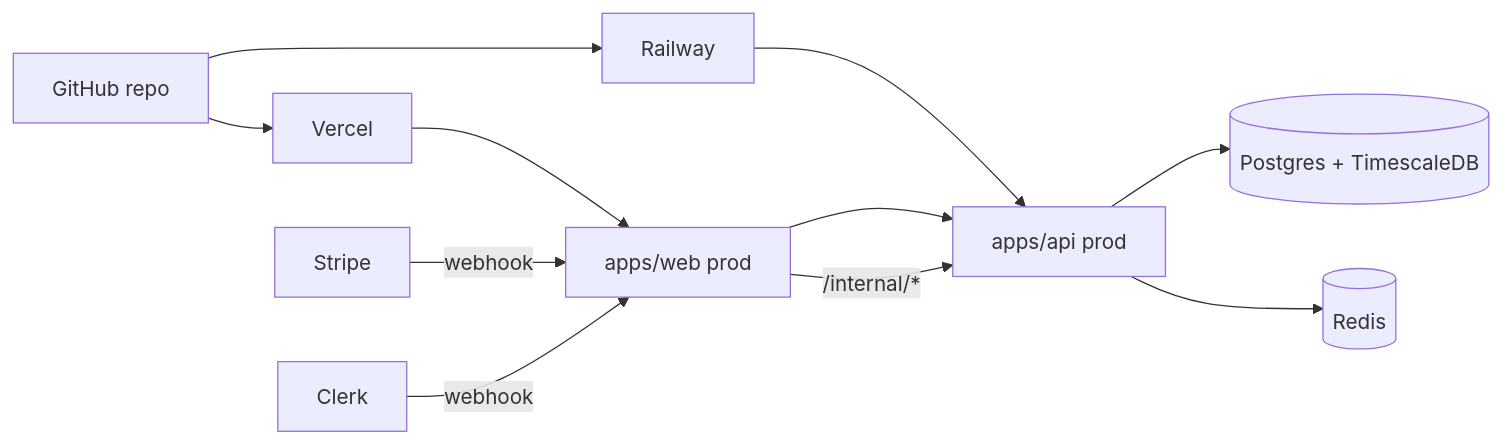
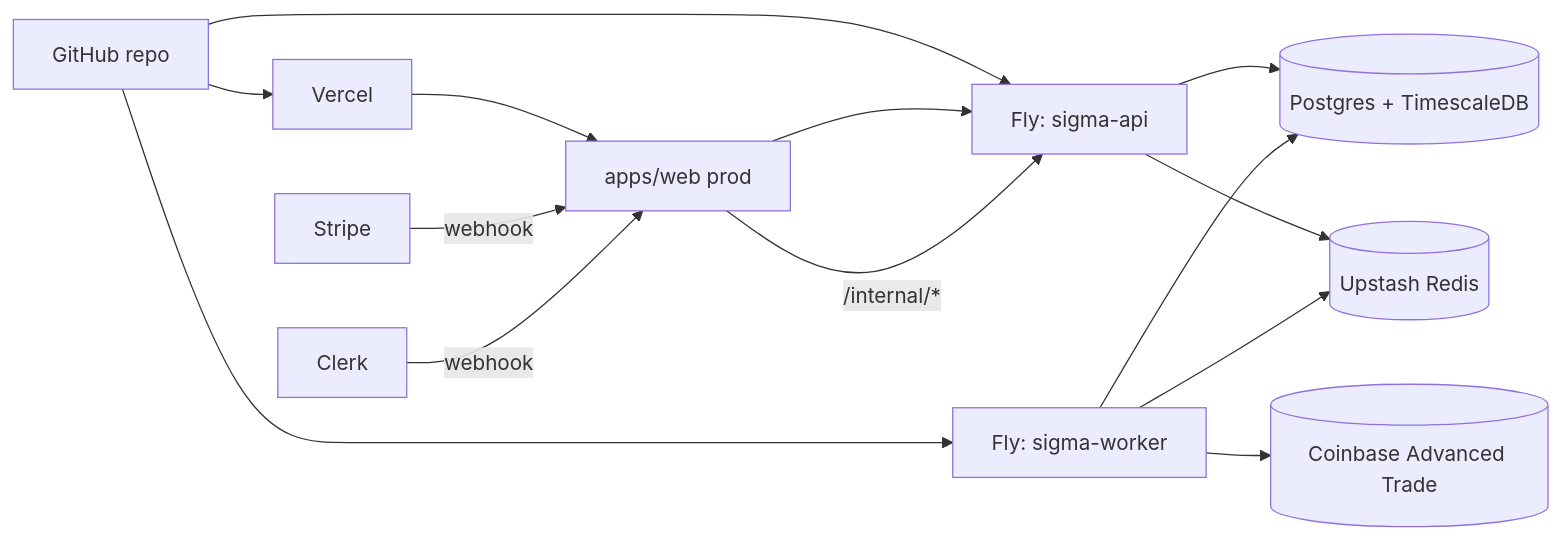
One commit to Quantum-Global-Group/sigma changed the diagram in DEPLOY.md. Above: the diagram before and after it, drawn with Mermaid. The commit also changed other lines of this file and 4 other files, not shown here.

````diff
--- a/DEPLOY.md
+++ b/DEPLOY.md
@@ -8,13 +5,16 @@
 ```mermaid
 flowchart LR
   GH[GitHub repo] --> Vercel
-  GH --> Railway
+  GH --> FlyApi[Fly: sigma-api]
+  GH --> FlyWorker[Fly: sigma-worker]
   Vercel --> WebProd[apps/web prod]
-  Railway --> ApiProd[apps/api prod]
-  ApiProd --> Postgres[(Postgres + TimescaleDB)]
-  ApiProd --> Redis[(Redis)]
-  WebProd --> ApiProd
+  FlyApi --> Postgres[(Postgres + TimescaleDB)]
+  FlyApi --> Redis[(Upstash Redis)]
+  FlyWorker --> Postgres
+  FlyWorker --> Redis
+  FlyWorker --> Coinbase[(Coinbase Advanced Trade)]
+  WebProd --> FlyApi
   Stripe -->|webhook| WebProd
   Clerk -->|webhook| WebProd
-  WebProd -->|"/internal/*"| ApiProd
+  WebProd -->|"/internal/*"| FlyApi
 ```
````
